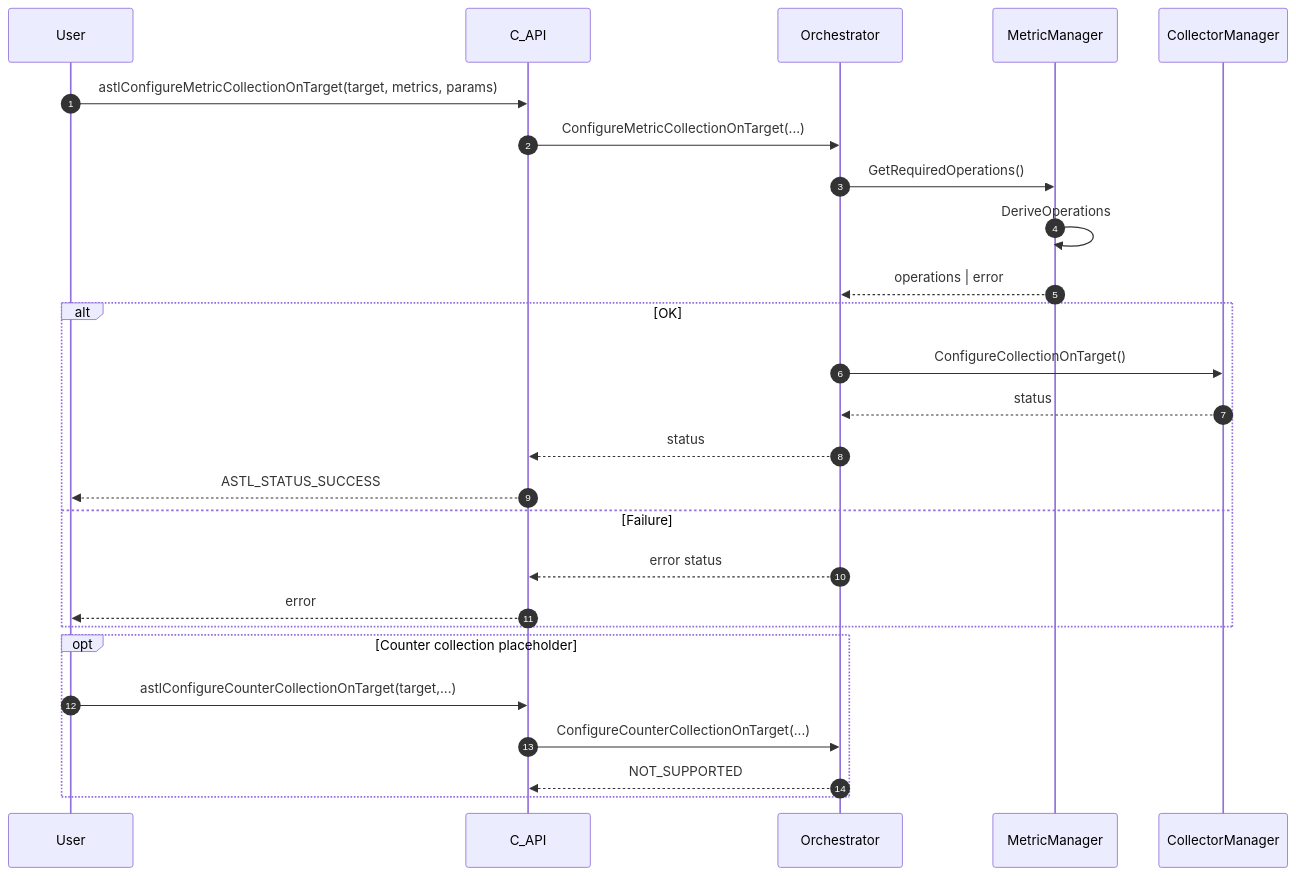
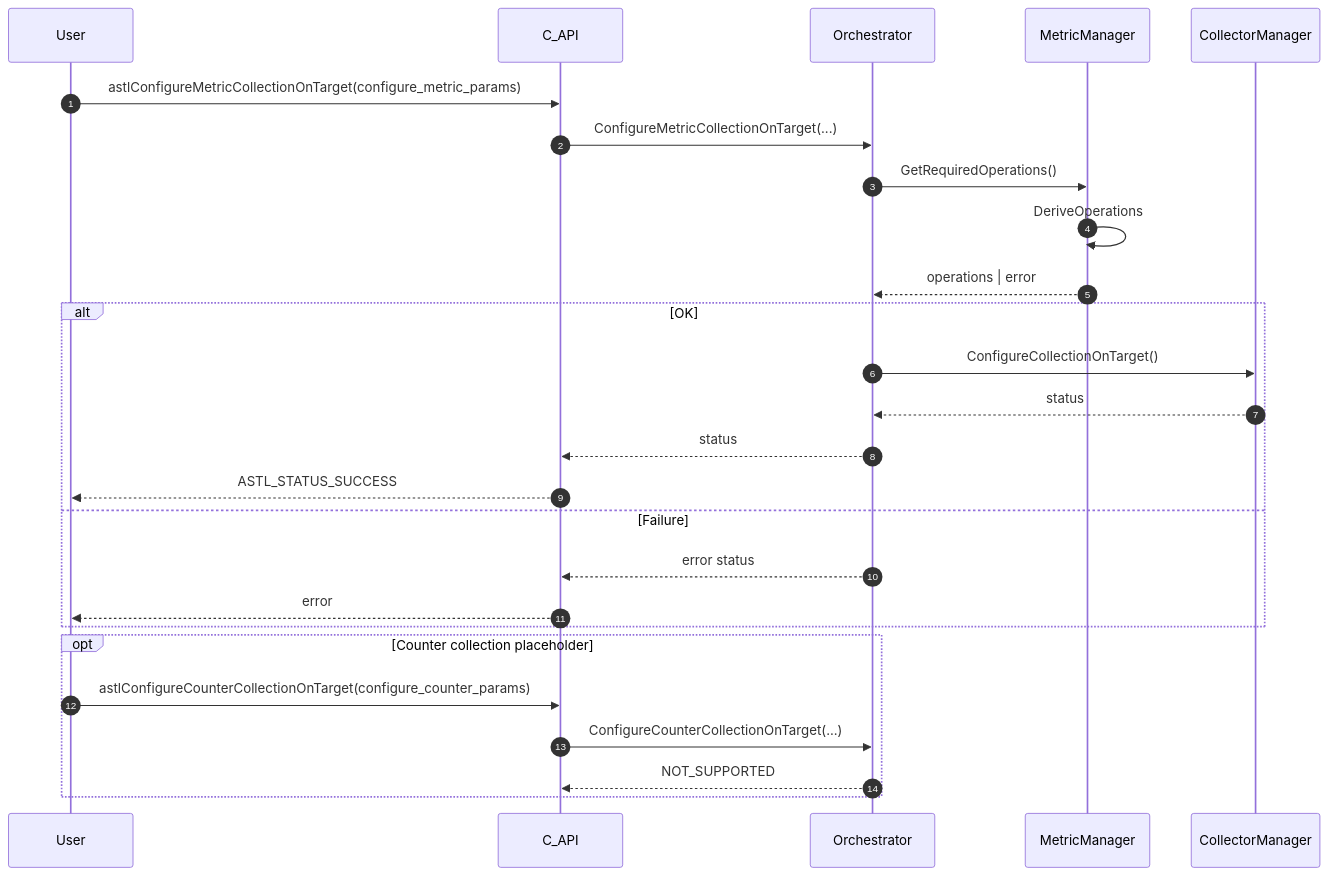
One commit to arm/ASTL changed the diagram in doc/design/system_phase_metric_config.mmd. Above: the diagram before and after it, drawn with Mermaid. The commit also changed 94 other files, not shown here.

First line of the commit message:
[ASTL-339] Use one parameter struct per function in astl_telemetry.h c-api interface (#381)

```diff
--- a/doc/design/system_phase_metric_config.mmd
+++ b/doc/design/system_phase_metric_config.mmd
@@ -1,34 +1,34 @@
 %% SPDX-FileCopyrightText: 2026 Arm Limited and/or its affiliates <open-source-office@arm.com>
 %%
 %% SPDX-License-Identifier: Apache-2.0
 
 %% System Phase: Metric Configuration
 %% Focus: configuring metric collection (operations derivation)
 sequenceDiagram
     autonumber
     participant User
     participant API as C_API
     participant Orchestrator
     participant MetricManager as MetricManager
     participant CollectorManager as CollectorManager
 
-    User->>API: astlConfigureMetricCollectionOnTarget(target, metrics, params)
+    User->>API: astlConfigureMetricCollectionOnTarget(configure_metric_params)
     API->>Orchestrator: ConfigureMetricCollectionOnTarget(...)
     Orchestrator->>MetricManager: GetRequiredOperations()
     MetricManager->>MetricManager: DeriveOperations
     MetricManager-->>Orchestrator: operations | error
     alt OK
     Orchestrator->>CollectorManager: ConfigureCollectionOnTarget()
     CollectorManager-->>Orchestrator: status
         Orchestrator-->>API: status
         API-->>User: ASTL_STATUS_SUCCESS
     else Failure
         Orchestrator-->>API: error status
         API-->>User: error
     end
 
     opt Counter collection placeholder
-    User->>API: astlConfigureCounterCollectionOnTarget(target,...)
+    User->>API: astlConfigureCounterCollectionOnTarget(configure_counter_params)
     API->>Orchestrator: ConfigureCounterCollectionOnTarget(...)
         Orchestrator-->>API: NOT_SUPPORTED
     end
```
